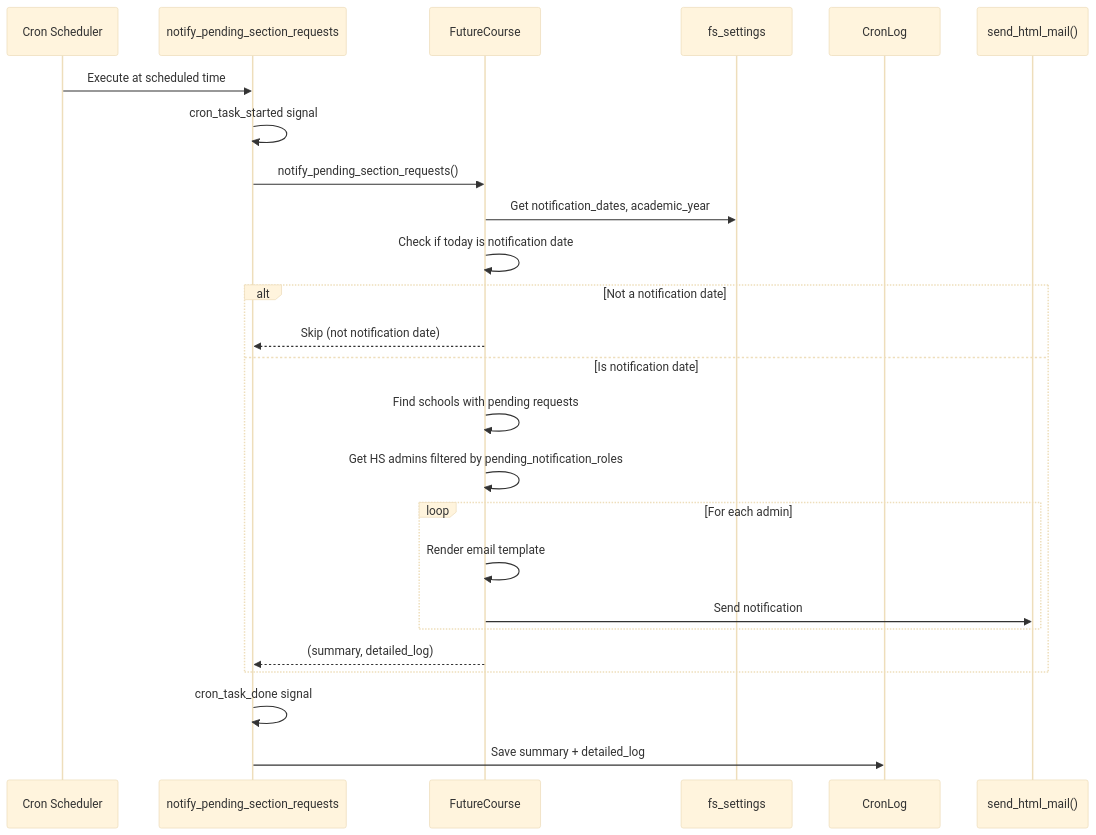
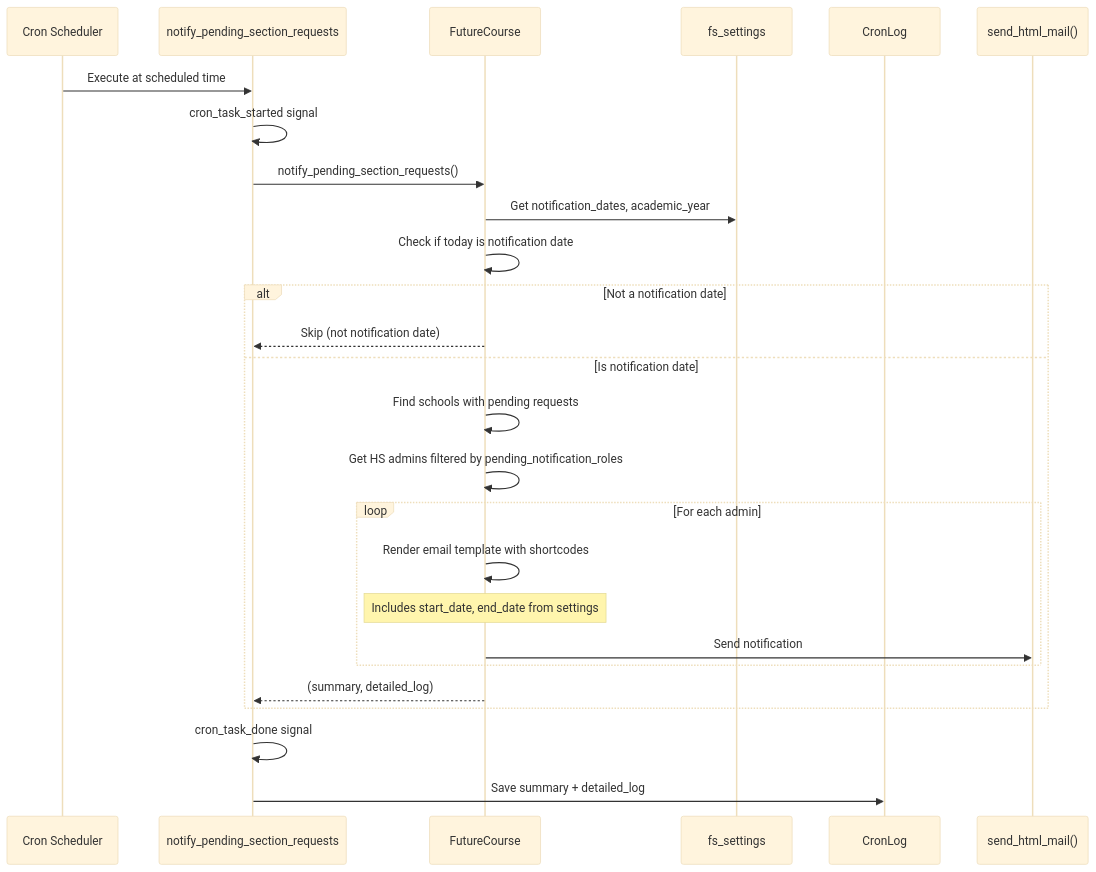
Before and after one commit to Canusia/package_future_sections: the sixth of 8 diagrams in ARCHITECTURE.md, drawn with Mermaid (base theme). The commit also changed other lines of this file and 8 other files, not shown here.

````diff
--- a/ARCHITECTURE.md
+++ b/ARCHITECTURE.md
@@ -123,33 +162,34 @@
 ```mermaid
 sequenceDiagram
     participant Cron as Cron Scheduler
     participant Cmd as notify_pending_section_requests
     participant Model as FutureCourse
     participant Settings as fs_settings
     participant Log as CronLog
     participant Email as send_html_mail()
 
     Cron->>Cmd: Execute at scheduled time
     Cmd->>Cmd: cron_task_started signal
 
     Cmd->>Model: notify_pending_section_requests()
     Model->>Settings: Get notification_dates, academic_year
     Model->>Model: Check if today is notification date
 
     alt Not a notification date
         Model-->>Cmd: Skip (not notification date)
     else Is notification date
         Model->>Model: Find schools with pending requests
         Model->>Model: Get HS admins filtered by pending_notification_roles
 
         loop For each admin
-            Model->>Model: Render email template
+            Model->>Model: Render email template with shortcodes
+            Note over Model: Includes start_date, end_date from settings
             Model->>Email: Send notification
         end
 
         Model-->>Cmd: (summary, detailed_log)
     end
 
     Cmd->>Cmd: cron_task_done signal
     Cmd->>Log: Save summary + detailed_log
 ```
````
